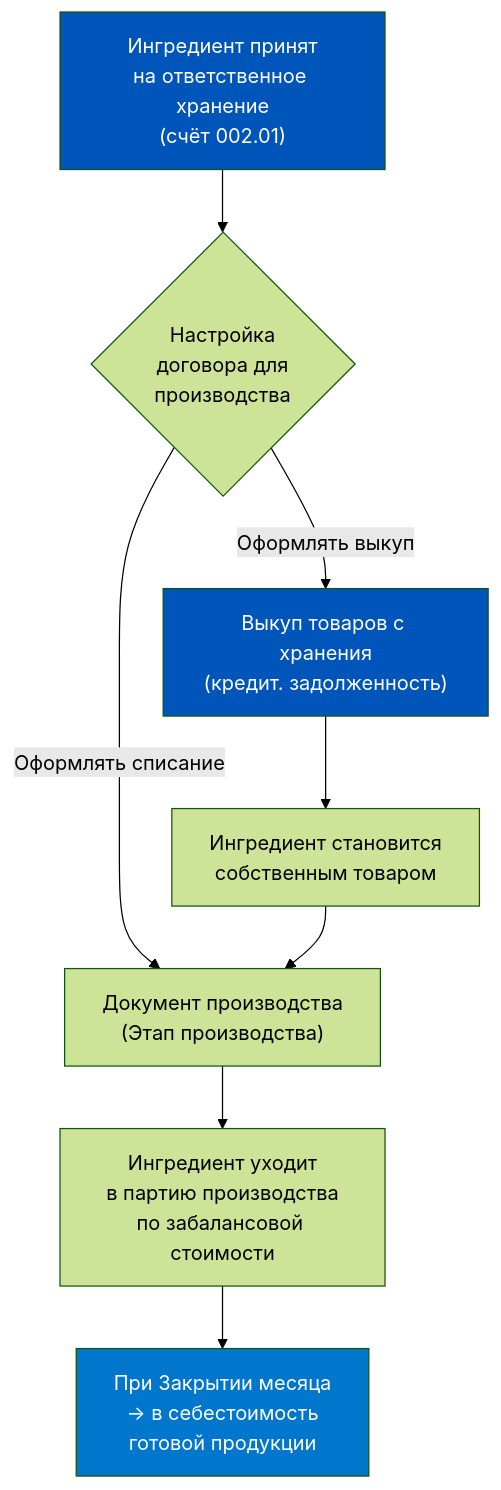
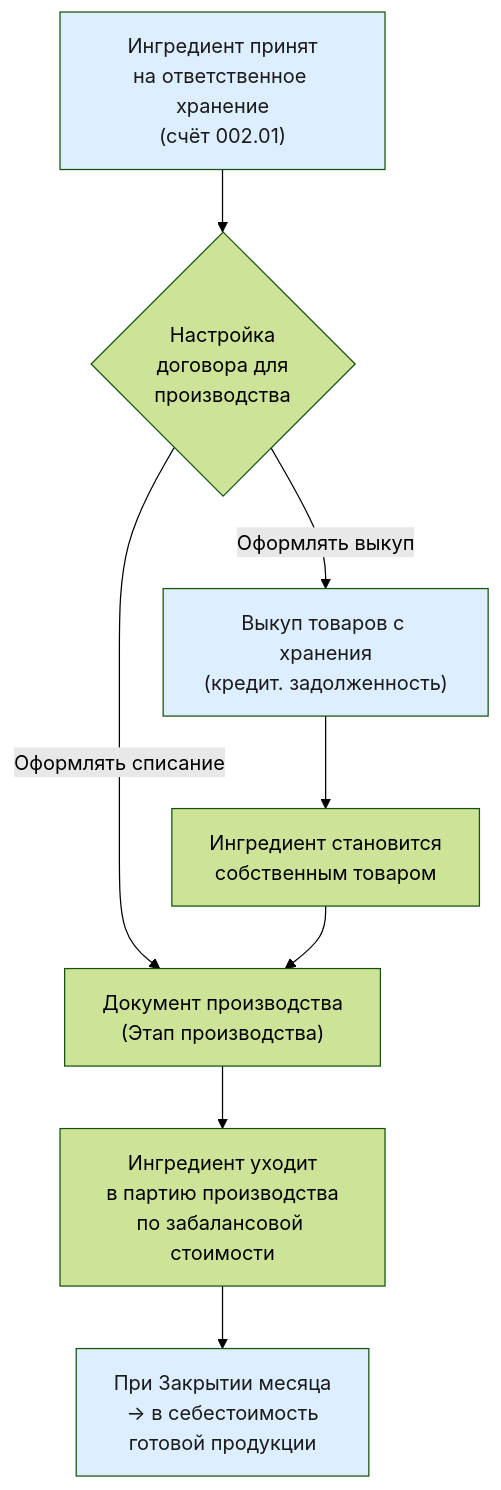
The third of 6 diagrams in content/1c-erp/week_3/Неделя 3 - День 4 - Ответственное хранение.md (murad1986/1c-erp-quartz), drawn with Mermaid (forest theme) before and after one commit. The commit also changed other lines of this file and 57 other files, not shown here.

First line of the commit message:
fix: Mermaid — пастельные цвета в источниках диаграмм (56 файлов)

````diff
--- a/content/1c-erp/week_3/Неделя 3 - День 4 - Ответственное хранение.md
+++ b/content/1c-erp/week_3/Неделя 3 - День 4 - Ответственное хранение.md
@@ -231,14 +231,14 @@
 ```mermaid
 flowchart TD
     A["Ингредиент принят<br/>на ответственное хранение<br/>(счёт 002.01)"] --> B{Настройка<br/>договора для<br/>производства}
     B -->|Оформлять списание| C["Документ производства<br/>(Этап производства)"]
     C --> D["Ингредиент уходит<br/>в партию производства<br/>по забалансовой стоимости"]
     D --> E["При Закрытии месяца<br/>→ в себестоимость<br/>готовой продукции"]
     B -->|Оформлять выкуп| F["Выкуп товаров с хранения<br/>(кредит. задолженность)"]
     F --> G["Ингредиент становится<br/>собственным товаром"]
     G --> C
 
-    style A fill:#0055BB,color:#fff
-    style F fill:#0055BB,color:#fff
-    style E fill:#0077CC,color:#fff
+    style A fill:#dceeff,color:#1a1a1a
+    style F fill:#dceeff,color:#1a1a1a
+    style E fill:#dceeff,color:#1a1a1a
 ```
````
